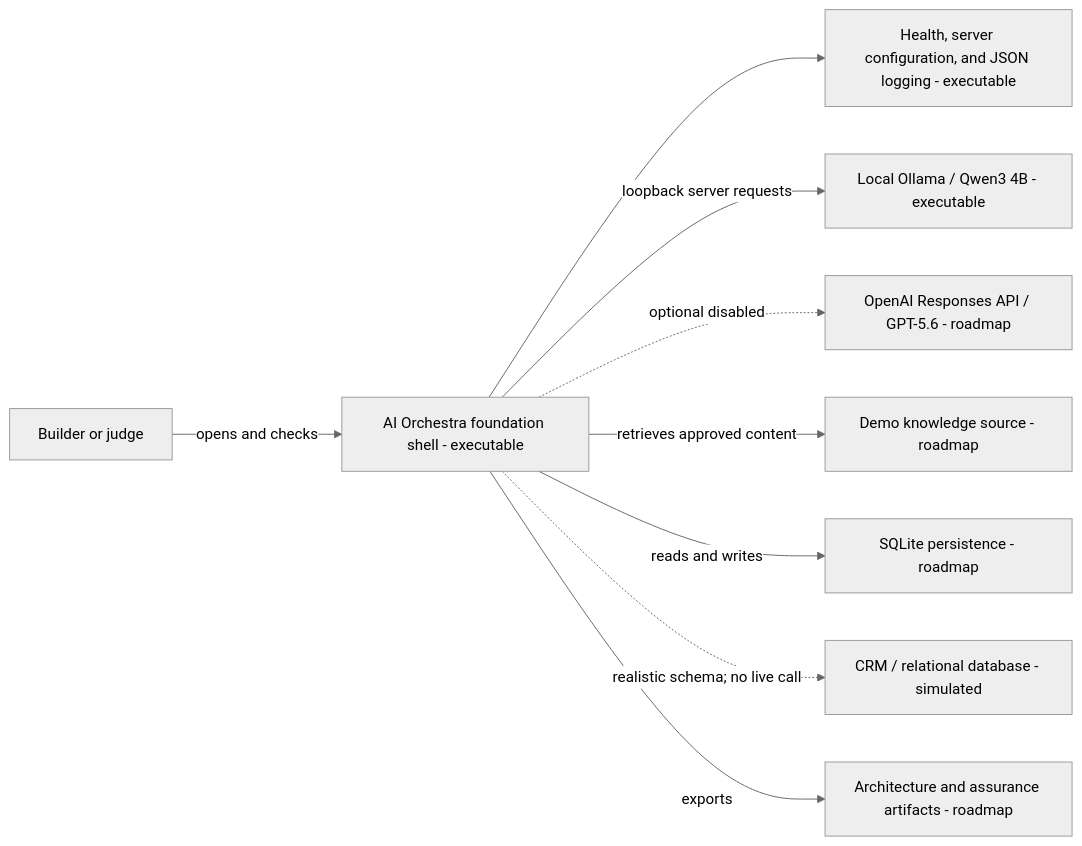
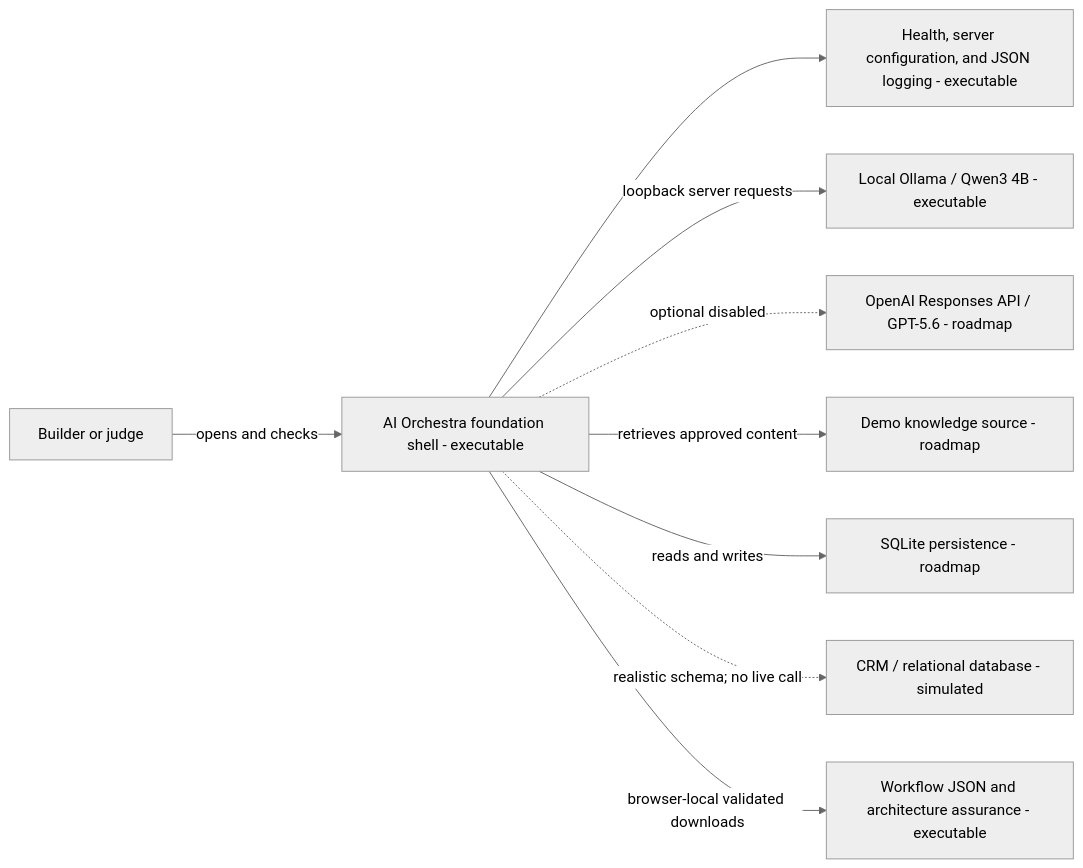
Before and after one commit to PeterNguyen47/AI-Orchestra: the diagram in docs/architecture/SYSTEM_CONTEXT.md, drawn with Mermaid (neutral theme). The commit also changed other lines of this file and 29 other files, not shown here.

First line of the commit message:
AO-009: Implement architecture and assurance exports (#23)

````diff
--- a/docs/architecture/SYSTEM_CONTEXT.md
+++ b/docs/architecture/SYSTEM_CONTEXT.md
@@ -7,11 +7,11 @@
 ```mermaid
 flowchart LR
     Builder["Builder or judge"] -->|opens and checks| AO["AI Orchestra foundation shell - executable"]
     AO --> Health["Health, server configuration, and JSON logging - executable"]
     AO -->|loopback server requests| Ollama["Local Ollama / Qwen3 4B - executable"]
     AO -. optional disabled .-> OpenAI["OpenAI Responses API / GPT-5.6 - roadmap"]
     AO -->|retrieves approved content| Knowledge["Demo knowledge source - roadmap"]
     AO -->|reads and writes| Store["SQLite persistence - roadmap"]
     AO -.->|realistic schema; no live call| CRM["CRM / relational database - simulated"]
-    AO -->|exports| Artifacts["Architecture and assurance artifacts - roadmap"]
+    AO -->|browser-local validated downloads| Artifacts["Workflow JSON and architecture assurance - executable"]
 ```
````
